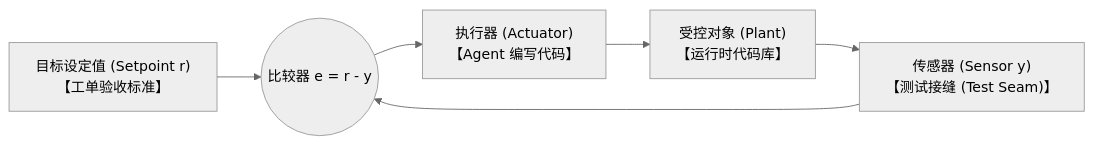
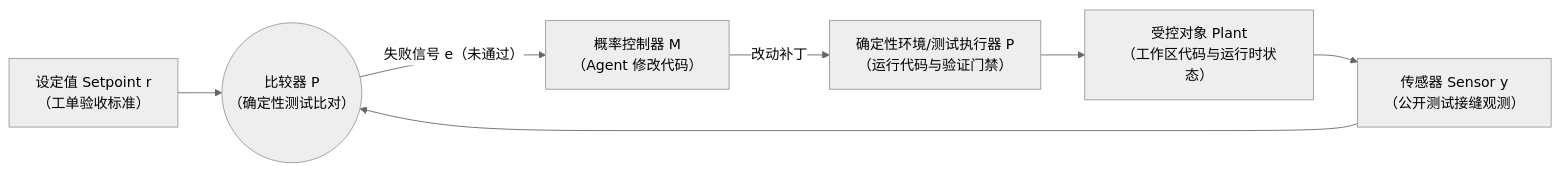
One commit to AyuSne/zhangmuchuan changed the diagram in content/blog/matt-pocock-skills-05/index.md. Above: the diagram before and after it, drawn with Mermaid (neutral theme). The commit also changed other lines of this file and 16 other files, not shown here.

````diff
--- a/content/blog/matt-pocock-skills-05/index.md
+++ b/content/blog/matt-pocock-skills-05/index.md
@@ -134,8 +104,9 @@
 ```mermaid
 flowchart LR
-    r["目标设定值 (Setpoint r)<br/>【工单验收标准】"] --> Comparator(("比较器 e = r - y"))
-    Comparator --> Actuator["执行器 (Actuator)<br/>【Agent 编写代码】"]
-    Actuator --> Plant["受控对象 (Plant)<br/>【运行时代码库】"]
-    Plant --> Sensor["传感器 (Sensor y)<br/>【测试接缝 (Test Seam)】"]
+    r["设定值 Setpoint r<br/>（工单验收标准）"] --> Comparator(("比较器 P<br/>（确定性测试比对）"))
+    Comparator -->|"失败信号 e（未通过）"| Agent["概率控制器 M<br/>（Agent 修改代码）"]
+    Agent -->|"改动补丁"| Executor["确定性环境/测试执行器 P<br/>（运行代码与验证门禁）"]
+    Executor --> Plant["受控对象 Plant<br/>（工作区代码与运行时状态）"]
+    Plant --> Sensor["传感器 Sensor y<br/>（公开测试接缝观测）"]
     Sensor --> Comparator
 ```
````
